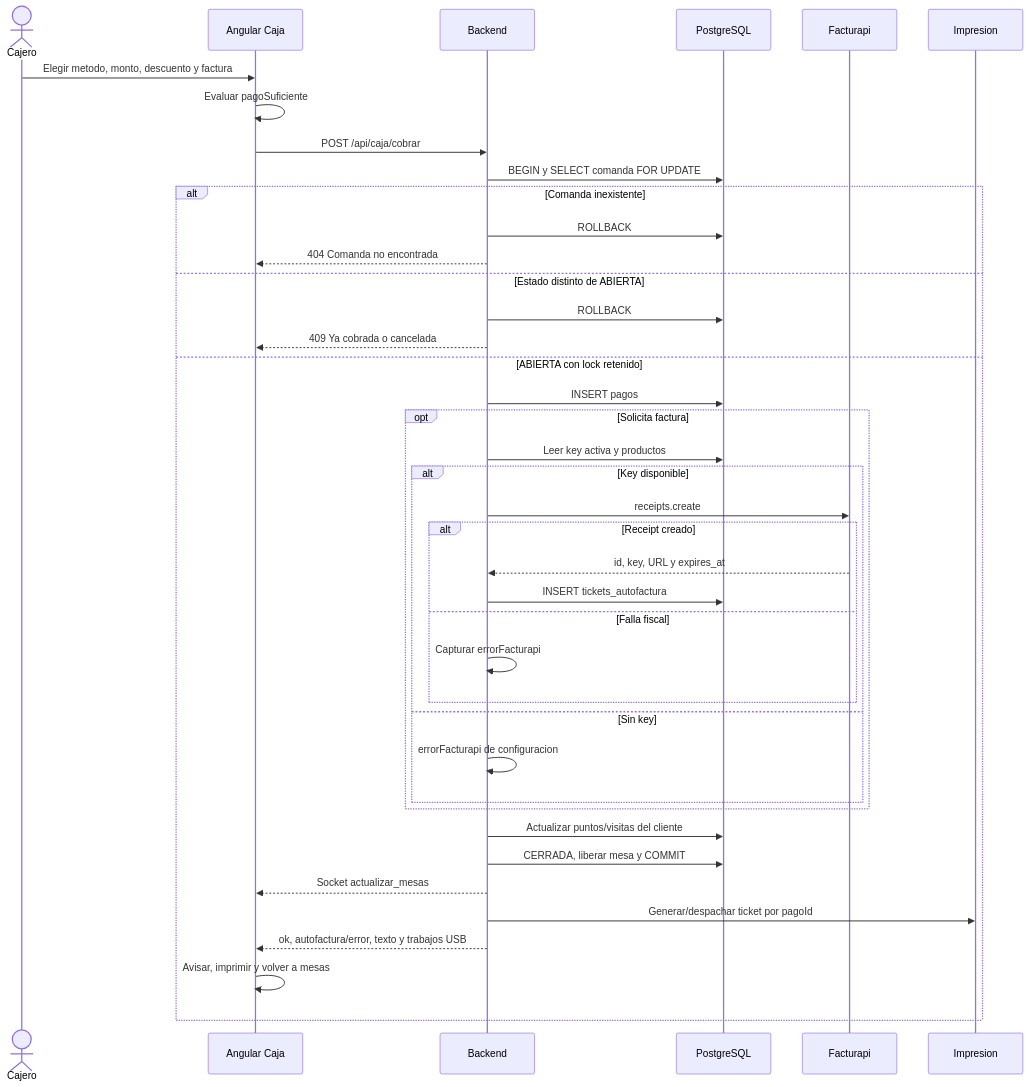
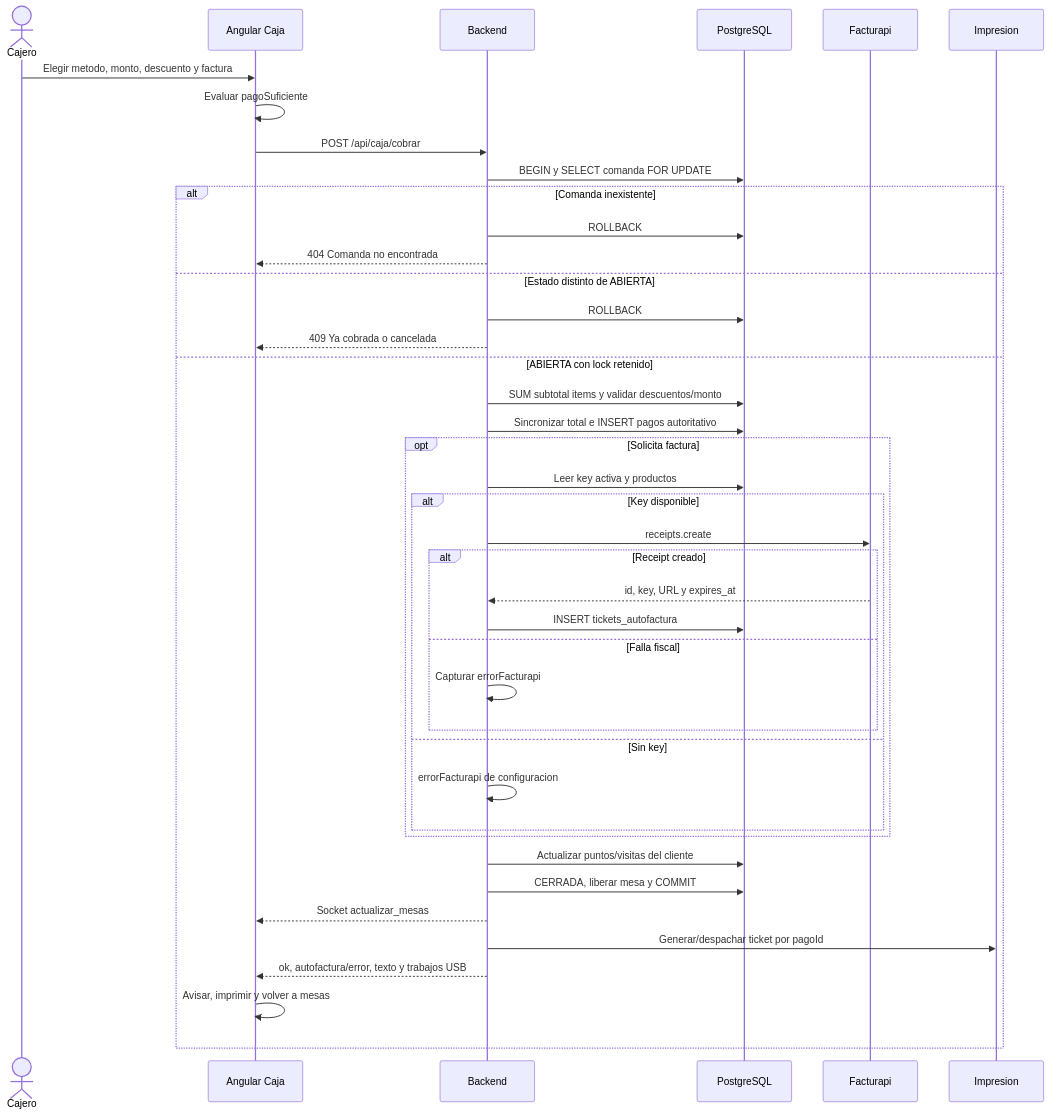
The fourth of 5 diagrams in docs/especificaciones/04-flujos-y-funcionalidad.md (LAngelVp/Borboto), drawn with Mermaid before and after one commit. The commit also changed other lines of this file and 10 other files, not shown here.

````diff
--- a/docs/especificaciones/04-flujos-y-funcionalidad.md
+++ b/docs/especificaciones/04-flujos-y-funcionalidad.md
@@ -155,42 +165,43 @@
 ```mermaid
 sequenceDiagram
   actor C as Cajero
   participant U as Angular Caja
   participant B as Backend
   participant DB as PostgreSQL
   participant F as Facturapi
   participant P as Impresion
   C->>U: Elegir metodo, monto, descuento y factura
   U->>U: Evaluar pagoSuficiente
   U->>B: POST /api/caja/cobrar
   B->>DB: BEGIN y SELECT comanda FOR UPDATE
   alt Comanda inexistente
     B->>DB: ROLLBACK
     B-->>U: 404 Comanda no encontrada
   else Estado distinto de ABIERTA
     B->>DB: ROLLBACK
     B-->>U: 409 Ya cobrada o cancelada
   else ABIERTA con lock retenido
-    B->>DB: INSERT pagos
+    B->>DB: SUM subtotal items y validar descuentos/monto
+    B->>DB: Sincronizar total e INSERT pagos autoritativo
     opt Solicita factura
       B->>DB: Leer key activa y productos
       alt Key disponible
         B->>F: receipts.create
         alt Receipt creado
           F-->>B: id, key, URL y expires_at
           B->>DB: INSERT tickets_autofactura
         else Falla fiscal
           B->>B: Capturar errorFacturapi
         end
       else Sin key
         B->>B: errorFacturapi de configuracion
       end
     end
     B->>DB: Actualizar puntos/visitas del cliente
     B->>DB: CERRADA, liberar mesa y COMMIT
     B-->>U: Socket actualizar_mesas
     B->>P: Generar/despachar ticket por pagoId
     B-->>U: ok, autofactura/error, texto y trabajos USB
     U->>U: Avisar, imprimir y volver a mesas
   end
 ```
````
